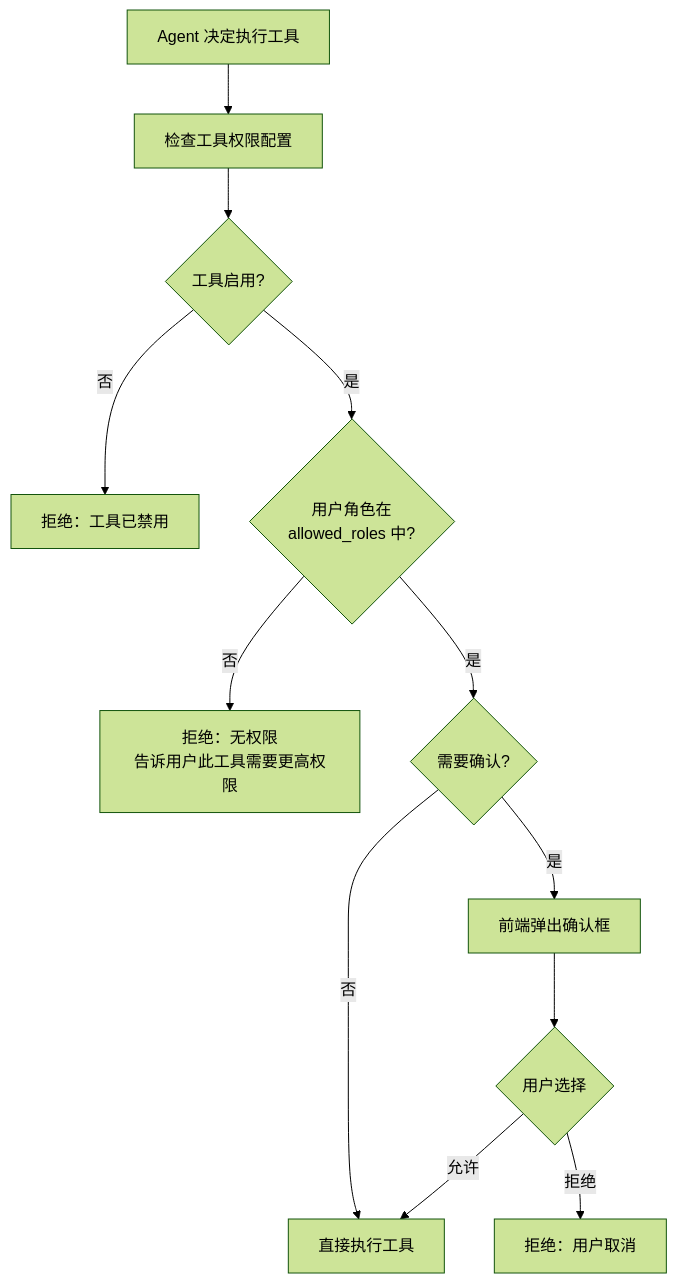
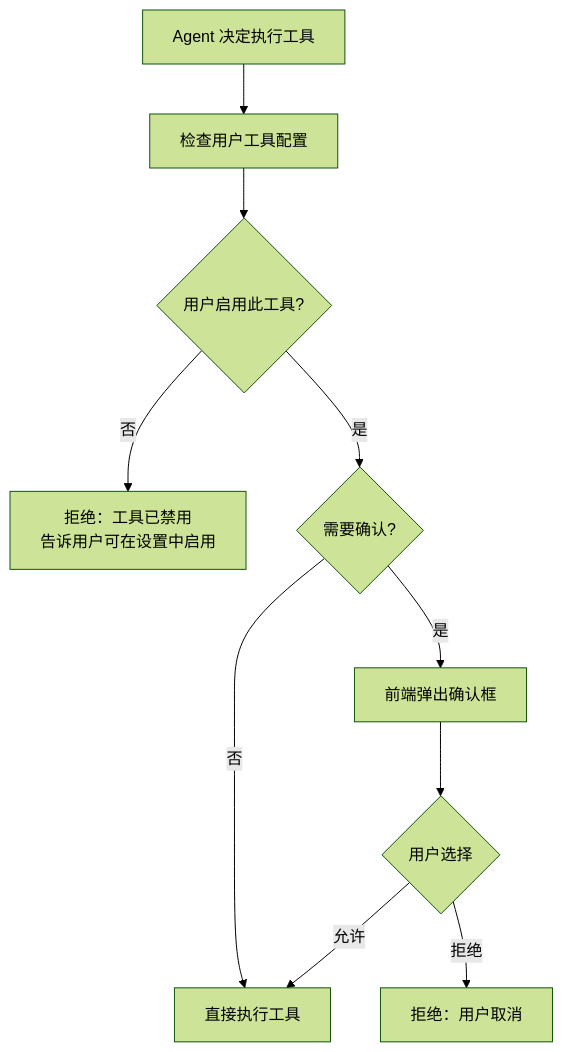
The eighth of 8 diagrams in agent/agent_project_design.md (xiaocaipi/mm-doc), drawn with Mermaid (forest theme) before and after one commit. The commit also changed other lines of this file, not shown here.

````diff
--- a/agent/agent_project_design.md
+++ b/agent/agent_project_design.md
@@ -1015,18 +902,15 @@
 ```mermaid
 flowchart TD
-    AGENT["Agent 决定执行工具"] --> CHECK["检查工具权限配置"]
+    AGENT["Agent 决定执行工具"] --> CHECK["检查用户工具配置"]
     
-    CHECK --> ENABLED{"工具启用?"}
-    ENABLED -->|"否"| DENY1["拒绝：工具已禁用"]
-    ENABLED -->|"是"| ROLE{"用户角色在<br/>allowed_roles 中?"}
-    
-    ROLE -->|"否"| DENY2["拒绝：无权限<br/>告诉用户此工具需要更高权限"]
-    ROLE -->|"是"| CONFIRM{"需要确认?"}
+    CHECK --> ENABLED{"用户启用此工具?"}
+    ENABLED -->|"否"| DENY1["拒绝：工具已禁用<br/>告诉用户可在设置中启用"]
+    ENABLED -->|"是"| CONFIRM{"需要确认?"}
     
     CONFIRM -->|"否"| EXECUTE["直接执行工具"]
     CONFIRM -->|"是"| ASK["前端弹出确认框"]
     
     ASK --> USER{"用户选择"}
     USER -->|"允许"| EXECUTE
-    USER -->|"拒绝"| DENY3["拒绝：用户取消"]
+    USER -->|"拒绝"| DENY2["拒绝：用户取消"]
 ```
````
